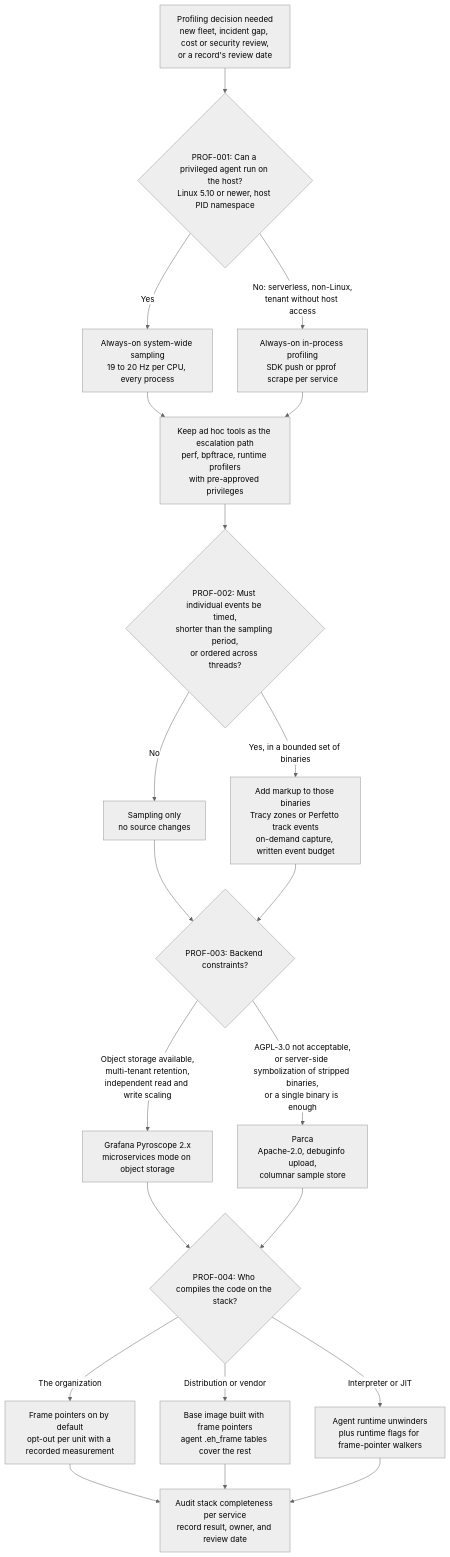
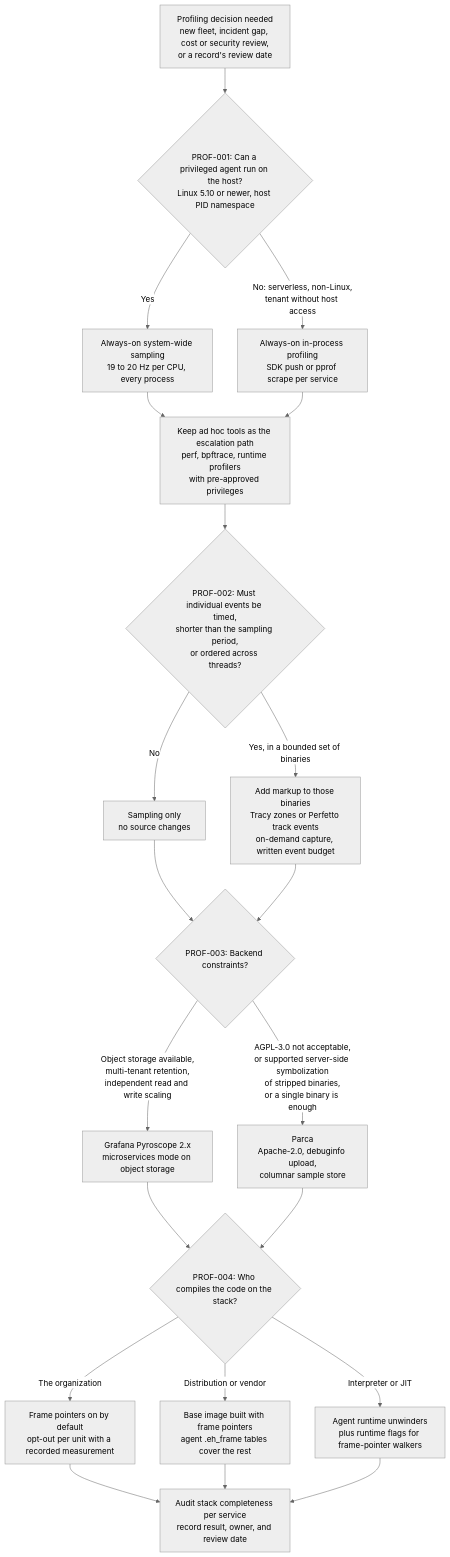
One commit to shreejitverma/The-Distinguished-Engineer changed the first of 2 diagrams in 18-Developer-Toolchain/05-Profiling/Profiling-Decision-Records.md. Above: the diagram before and after it, drawn with Mermaid (neutral theme). The commit also changed other lines of this file and 8 other files, not shown here.

````diff
--- a/18-Developer-Toolchain/05-Profiling/Profiling-Decision-Records.md
+++ b/18-Developer-Toolchain/05-Profiling/Profiling-Decision-Records.md
@@ -93,29 +125,29 @@
 ```mermaid
 flowchart TD
     Start["Profiling decision needed<br/>new fleet, incident gap, cost or security review,<br/>or a record's review date"] --> Q1{"PROF-001: Can a privileged agent run on the host?<br/>Linux 5.10 or newer, host PID namespace"}
 
     Q1 -->|Yes| Cont["Always-on system-wide sampling<br/>19 to 20 Hz per CPU, every process"]
     Q1 -->|"No: serverless, non-Linux,<br/>tenant without host access"| Sdk["Always-on in-process profiling<br/>SDK push or pprof scrape per service"]
 
     Cont --> Esc["Keep ad hoc tools as the escalation path<br/>perf, bpftrace, runtime profilers<br/>with pre-approved privileges"]
     Sdk --> Esc
 
     Esc --> Q2{"PROF-002: Must individual events be timed,<br/>shorter than the sampling period,<br/>or ordered across threads?"}
     Q2 -->|No| Samp["Sampling only<br/>no source changes"]
     Q2 -->|"Yes, in a bounded set of binaries"| Hyb["Add markup to those binaries<br/>Tracy zones or Perfetto track events<br/>on-demand capture, written event budget"]
 
     Samp --> Q3{"PROF-003: Backend constraints?"}
     Hyb --> Q3
     Q3 -->|"Object storage available,<br/>multi-tenant retention,<br/>independent read and write scaling"| Pyro["Grafana Pyroscope 2.x<br/>microservices mode on object storage"]
-    Q3 -->|"AGPL-3.0 not acceptable,<br/>or server-side symbolization of stripped binaries,<br/>or a single binary is enough"| Parca["Parca<br/>Apache-2.0, debuginfo upload,<br/>columnar sample store"]
+    Q3 -->|"AGPL-3.0 not acceptable,<br/>or supported server-side symbolization<br/>of stripped binaries,<br/>or a single binary is enough"| Parca["Parca<br/>Apache-2.0, debuginfo upload,<br/>columnar sample store"]
 
     Pyro --> Q4{"PROF-004: Who compiles the code on the stack?"}
     Parca --> Q4
     Q4 -->|"The organization"| Fp["Frame pointers on by default<br/>opt-out per unit with a recorded measurement"]
     Q4 -->|"Distribution or vendor"| Base["Base image built with frame pointers<br/>agent .eh_frame tables cover the rest"]
     Q4 -->|"Interpreter or JIT"| Rt["Agent runtime unwinders<br/>plus runtime flags for frame-pointer walkers"]
 
     Fp --> Audit["Audit stack completeness per service<br/>record result, owner, and review date"]
     Base --> Audit
     Rt --> Audit
 ```
````
